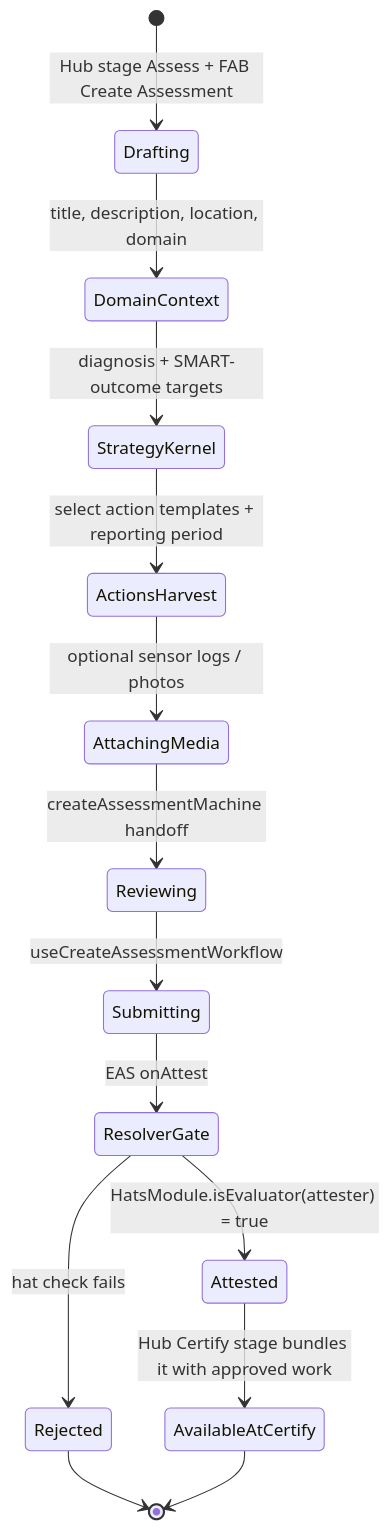
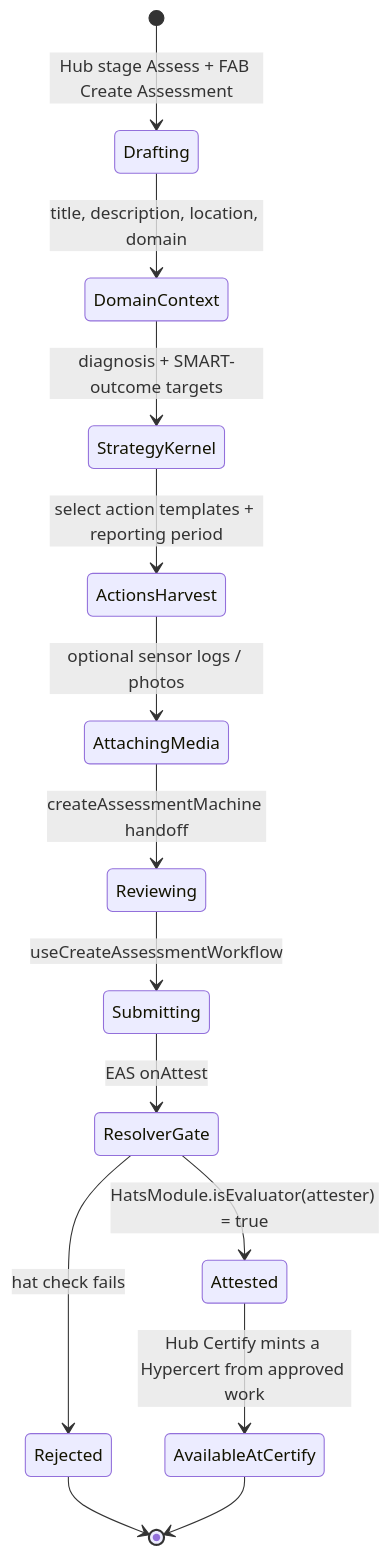
Before and after one commit to greenpill-dev-guild/green-goods: the diagram in docs/docs/builders/journeys/evaluation.mdx, drawn with Mermaid. The commit also changed other lines of this file and 3 other files, not shown here.

First line of the commit message:
docs: correct hypercert bundle scope — work only, not assessment (PR review)

````diff
--- a/docs/docs/builders/journeys/evaluation.mdx
+++ b/docs/docs/builders/journeys/evaluation.mdx
@@ -37,16 +37,16 @@
 ```mermaid
 stateDiagram-v2
     [*] --> Drafting: Hub stage Assess + FAB Create Assessment
     Drafting --> DomainContext: title, description, location, domain
     DomainContext --> StrategyKernel: diagnosis + SMART-outcome targets
     StrategyKernel --> ActionsHarvest: select action templates + reporting period
     ActionsHarvest --> AttachingMedia: optional sensor logs / photos
     AttachingMedia --> Reviewing: createAssessmentMachine handoff
     Reviewing --> Submitting: useCreateAssessmentWorkflow
     Submitting --> ResolverGate: EAS onAttest
     ResolverGate --> Attested: HatsModule.isEvaluator(attester) = true
     ResolverGate --> Rejected: hat check fails
-    Attested --> AvailableAtCertify: Hub Certify stage bundles it with approved work
+    Attested --> AvailableAtCertify: Hub Certify mints a Hypercert from approved work
     Rejected --> [*]
     AvailableAtCertify --> [*]
 ```
````
